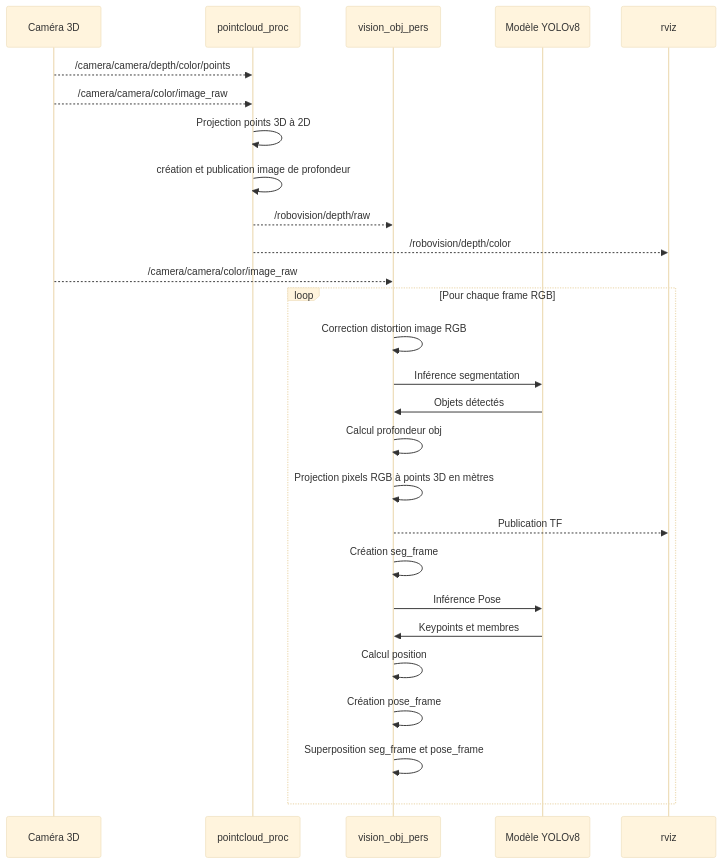
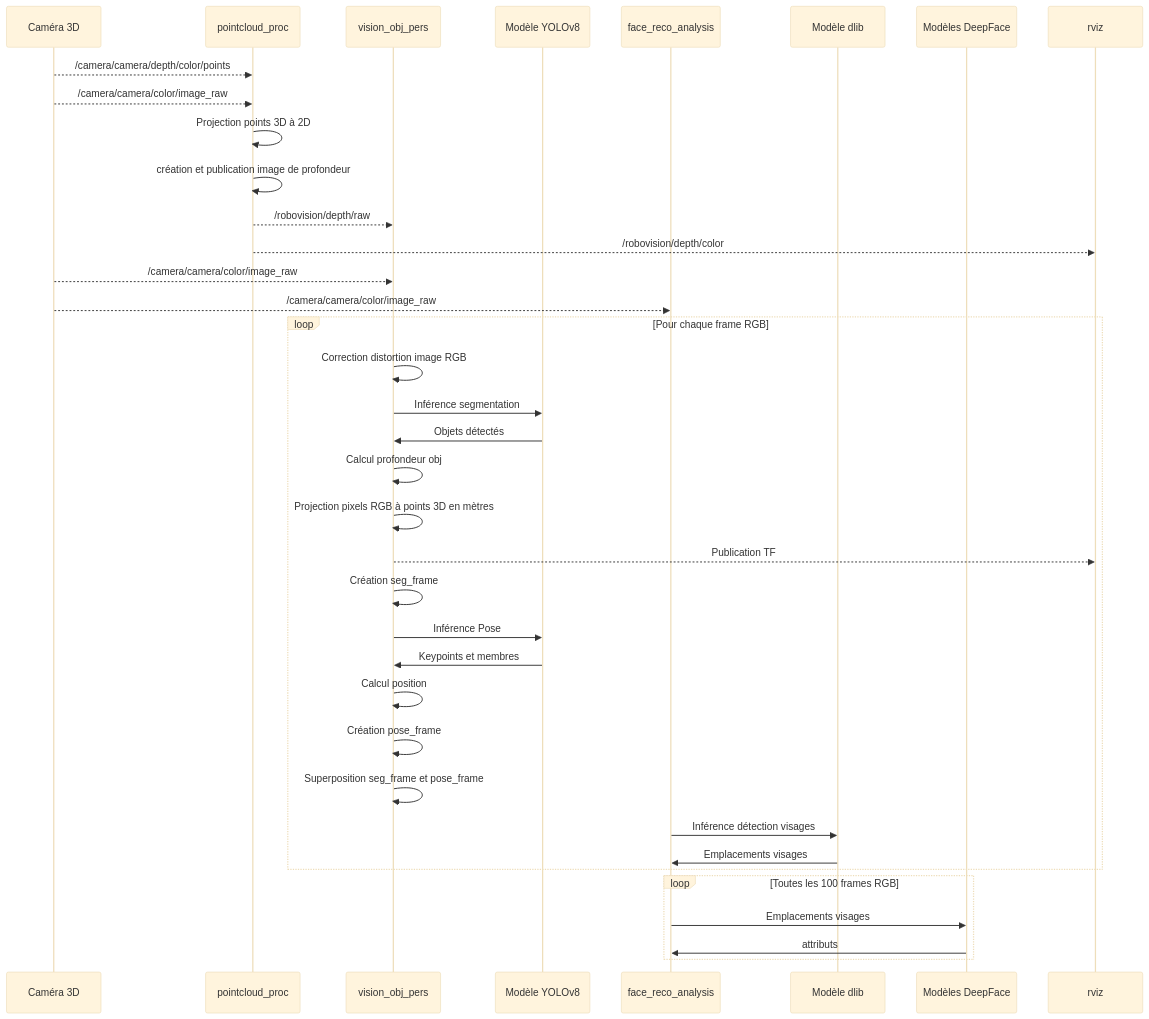
Before and after one commit to SlendyBoy/Robovision: the second of 2 diagrams in README.md, drawn with Mermaid (base theme). The commit also changed other lines of this file and 7 other files, not shown here.

Commit message:
Face reco + attributs

````diff
--- a/README.md
+++ b/README.md
@@ -103,32 +107,44 @@
 ```mermaid
 sequenceDiagram
 participant Camera3D as Caméra 3D
 participant pointcloud_proc as pointcloud_proc
 participant vision_obj_pers as vision_obj_pers
 participant YOLOv8 as Modèle YOLOv8
+participant face_reco_analysis as face_reco_analysis
+participant dlib as Modèle dlib
+participant deepface as Modèles DeepFace
 participant rviz as rviz
+
 Camera3D-->>pointcloud_proc: /camera/camera/depth/color/points
 Camera3D-->>pointcloud_proc: /camera/camera/color/image_raw
 pointcloud_proc->>pointcloud_proc: Projection points 3D à 2D
 pointcloud_proc->>pointcloud_proc: création et publication image de profondeur
 pointcloud_proc-->>vision_obj_pers: /robovision/depth/raw
 pointcloud_proc-->>rviz: /robovision/depth/color
 Camera3D-->>vision_obj_pers: /camera/camera/color/image_raw
+Camera3D-->>face_reco_analysis: /camera/camera/color/image_raw
 
 loop Pour chaque frame RGB
 
 vision_obj_pers->>vision_obj_pers: Correction distortion image RGB
 vision_obj_pers->>YOLOv8: Inférence segmentation
 YOLOv8->>vision_obj_pers: Objets détectés
 vision_obj_pers->>vision_obj_pers: Calcul profondeur obj
 vision_obj_pers->>vision_obj_pers: Projection pixels RGB à points 3D en mètres
 vision_obj_pers-->>rviz: Publication TF
 vision_obj_pers->>vision_obj_pers: Création seg_frame
 vision_obj_pers->>YOLOv8: Inférence Pose
 YOLOv8->>vision_obj_pers: Keypoints et membres
 vision_obj_pers->>vision_obj_pers: Calcul position
 vision_obj_pers->>vision_obj_pers: Création pose_frame
 vision_obj_pers->>vision_obj_pers: Superposition seg_frame et pose_frame
 
+face_reco_analysis->>dlib: Inférence détection visages
+dlib->>face_reco_analysis: Emplacements visages
+end
+
+loop Toutes les 100 frames RGB
+face_reco_analysis->>deepface: Emplacements visages
+deepface->>face_reco_analysis: attributs
 end
 ```
````
